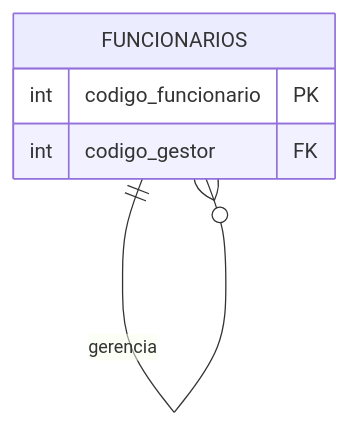
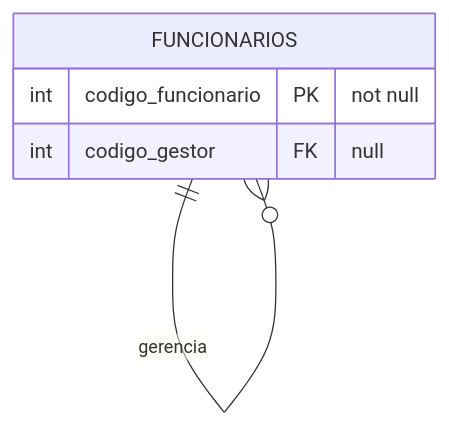
One commit to howardroatti/banco-de-dados-faesa changed the diagram in unidades/04-modelagem/assets/tab-funcionario.mmd. Above: the diagram before and after it, drawn with Mermaid. The commit also changed 12 other files, not shown here.

Commit message:
Deck logico: nulabilidade (not null) nas tabelas, dicas SQL Power Architect e legenda crow's foot (da apresentacao do professor)

```diff
--- a/unidades/04-modelagem/assets/tab-funcionario.mmd
+++ b/unidades/04-modelagem/assets/tab-funcionario.mmd
@@ -1,6 +1,6 @@
 erDiagram
     FUNCIONARIOS ||--o{ FUNCIONARIOS : gerencia
     FUNCIONARIOS {
-        int codigo_funcionario PK
-        int codigo_gestor FK
+        int codigo_funcionario PK "not null"
+        int codigo_gestor FK "null"
     }
```
